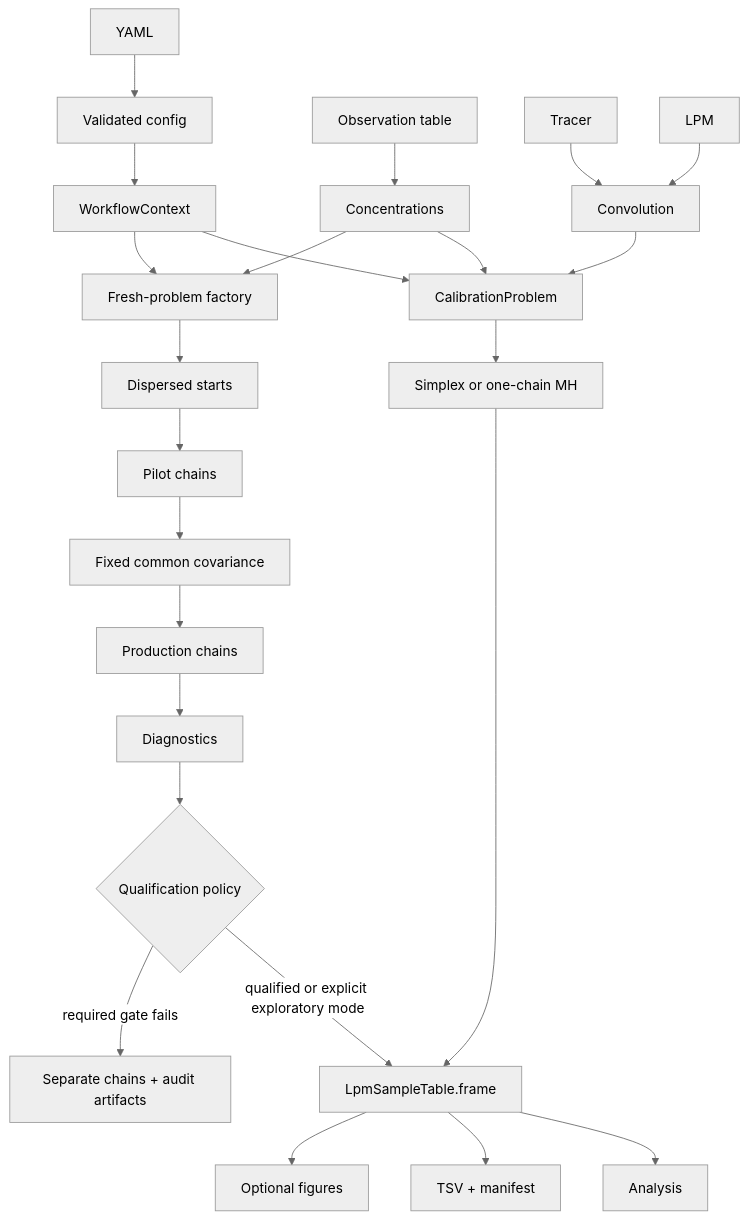
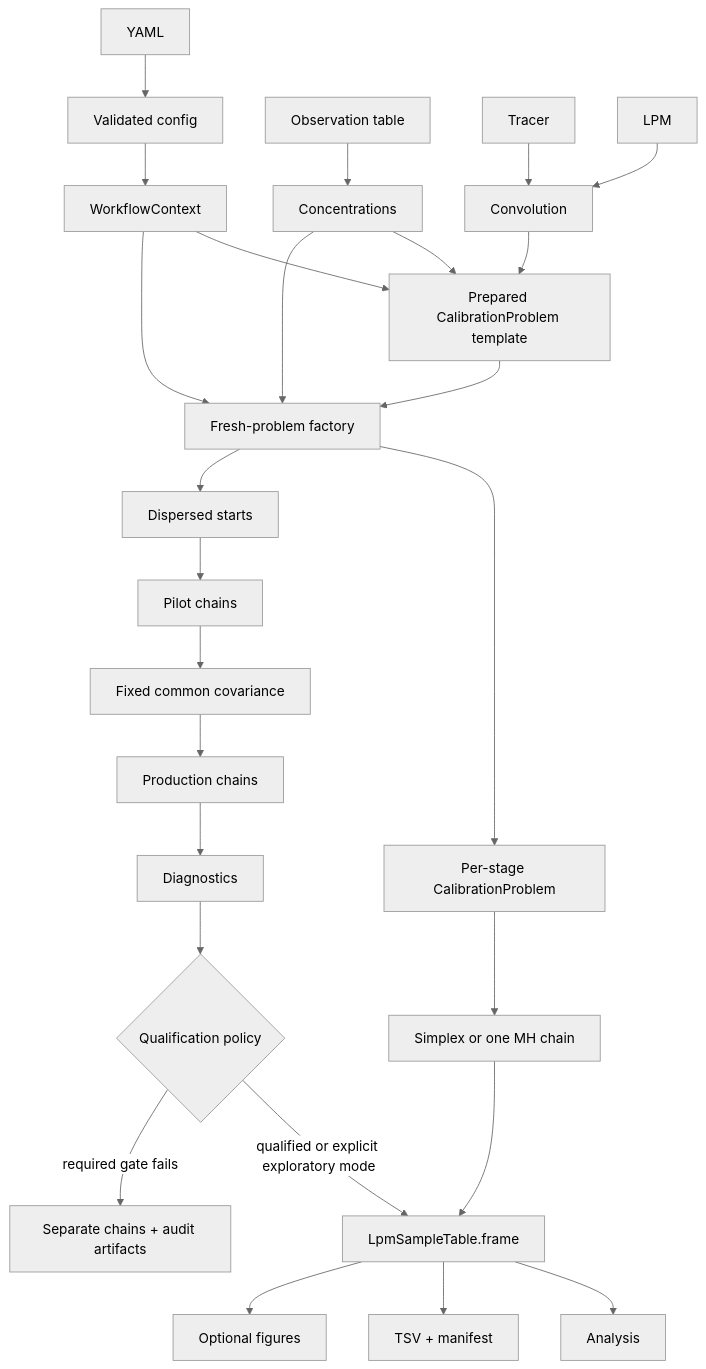
One commit to dreuzy/PyAges changed the second of 2 diagrams in docs/architecture.md. Above: the diagram before and after it, drawn with Mermaid (neutral theme). The commit also changed other lines of this file and 277 other files, not shown here.

````diff
--- a/docs/architecture.md
+++ b/docs/architecture.md
@@ -183,26 +189,28 @@
 ```{mermaid}
 flowchart TB
   YAML[YAML] --> CFG[Validated config]
   OBSFILE[Observation table] --> OBS[Concentrations]
   CFG --> CTX[WorkflowContext]
-  OBS --> PROBLEM[CalibrationProblem]
-  CTX --> PROBLEM
+  OBS --> TEMPLATE[Prepared CalibrationProblem template]
+  CTX --> TEMPLATE
+  TEMPLATE --> FACTORY[Fresh-problem factory]
   OBS --> FACTORY[Fresh-problem factory]
   CTX --> FACTORY
   TR[Tracer] --> CONV[Convolution]
   LPM[LPM] --> CONV
-  CONV --> PROBLEM
-  PROBLEM --> METHOD[Simplex or one-chain MH]
+  CONV --> TEMPLATE
+  FACTORY --> PROBLEM[Per-stage CalibrationProblem]
+  PROBLEM --> METHOD[Simplex or one MH chain]
   METHOD --> SAMPLES[LpmSampleTable.frame]
   FACTORY --> INIT[Dispersed starts]
   INIT --> PILOT[Pilot chains]
   PILOT --> COV[Fixed common covariance]
   COV --> CHAINS[Production chains]
   CHAINS --> DIAG[Diagnostics]
   DIAG --> GATE{Qualification policy}
   GATE -->|qualified or explicit exploratory mode| SAMPLES
   GATE -->|required gate fails| AUDIT[Separate chains + audit artifacts]
   SAMPLES --> STATS[Analysis]
   SAMPLES --> FILES[TSV + manifest]
   SAMPLES --> FIGS[Optional figures]
 ```
````
